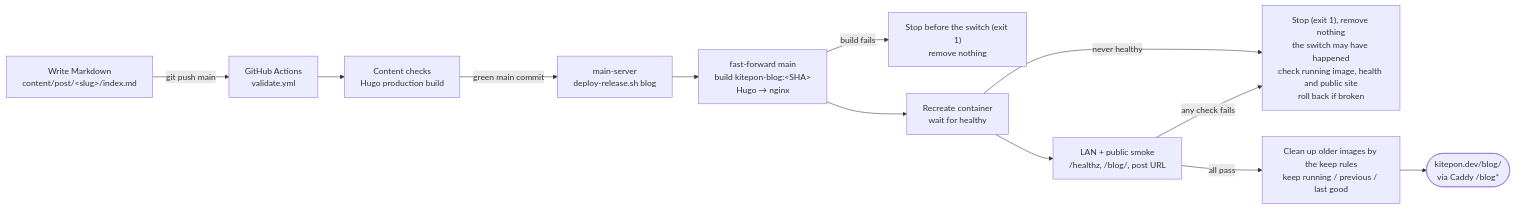
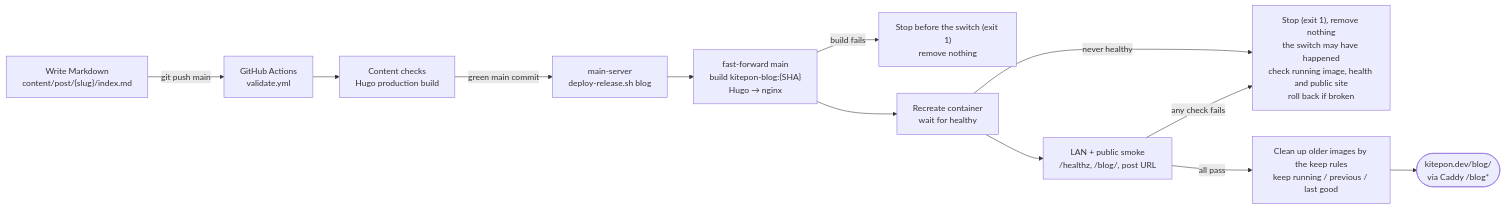
Before and after one commit to kitepon/WebAICoding: the diagram in README.md, drawn with Mermaid. The commit also changed 1 other file, not shown here.

Commit message:
docs: 配備図の山かっこ表記をGitHubで消えない形にする
GitHubのMermaid描画は &lt;SHA&gt; や &lt;slug&gt; をHTMLの札として取り除き、
「kitepon-blog:」「content/post//index.md」と表示していた。
英日READMEとも波かっこ {SHA}・{slug} に置き換える。

````diff
--- a/README.md
+++ b/README.md
@@ -43,14 +43,14 @@
 ```mermaid
 flowchart LR
-    A["Write Markdown<br/>content/post/&lt;slug&gt;/index.md"] -->|git push main| B["GitHub Actions<br/>validate.yml"]
+    A["Write Markdown<br/>content/post/{slug}/index.md"] -->|git push main| B["GitHub Actions<br/>validate.yml"]
     B --> C["Content checks<br/>Hugo production build"]
     C -->|green main commit| D["main-server<br/>deploy-release.sh blog"]
-    D --> E["fast-forward main<br/>build kitepon-blog:&lt;SHA&gt;<br/>Hugo → nginx"]
+    D --> E["fast-forward main<br/>build kitepon-blog:{SHA}<br/>Hugo → nginx"]
     E -->|build fails| X["Stop before the switch (exit 1)<br/>remove nothing"]
     E --> F["Recreate container<br/>wait for healthy"]
     F -->|never healthy| Y["Stop (exit 1), remove nothing<br/>the switch may have happened<br/>check running image, health and public site<br/>roll back if broken"]
     F --> G["LAN + public smoke<br/>/healthz, /blog/, post URL"]
     G -->|any check fails| Y
     G -->|all pass| H["Clean up older images by the keep rules<br/>keep running / previous / last good"]
     H --> I(["kitepon.dev/blog/<br/>via Caddy /blog*"])
 ```
````
